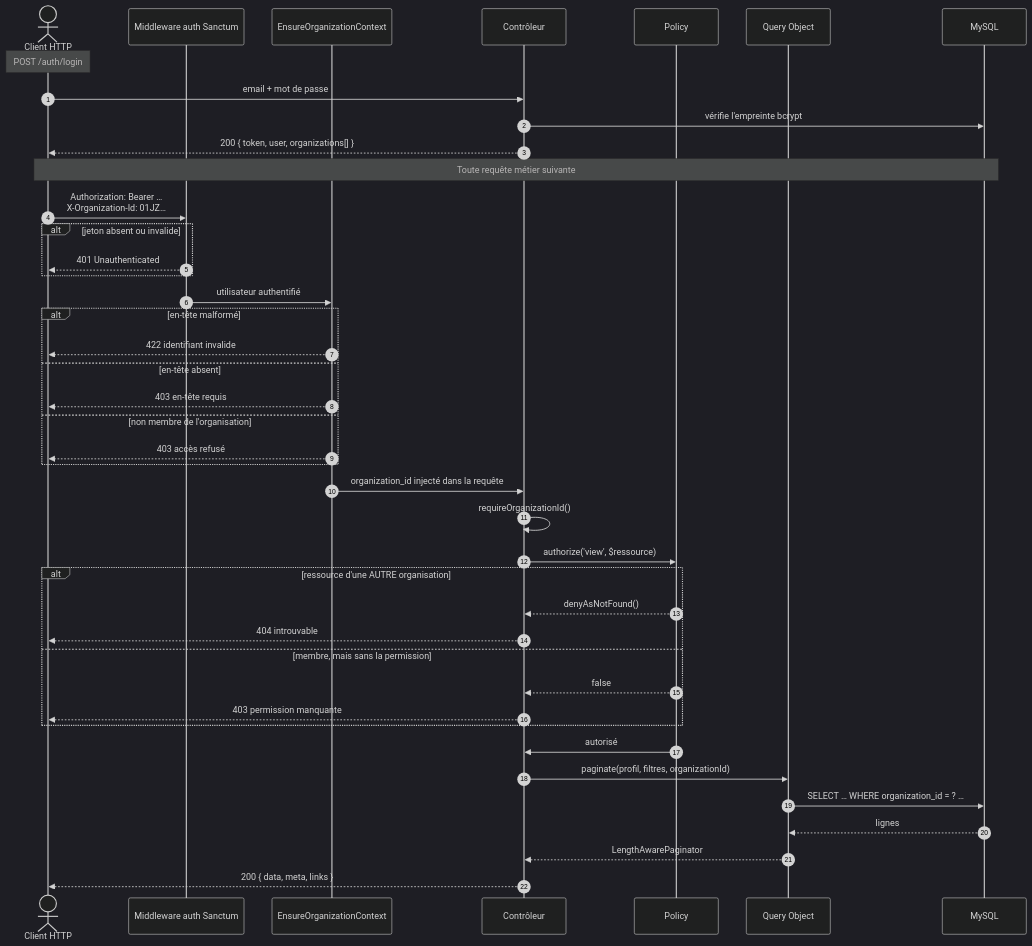
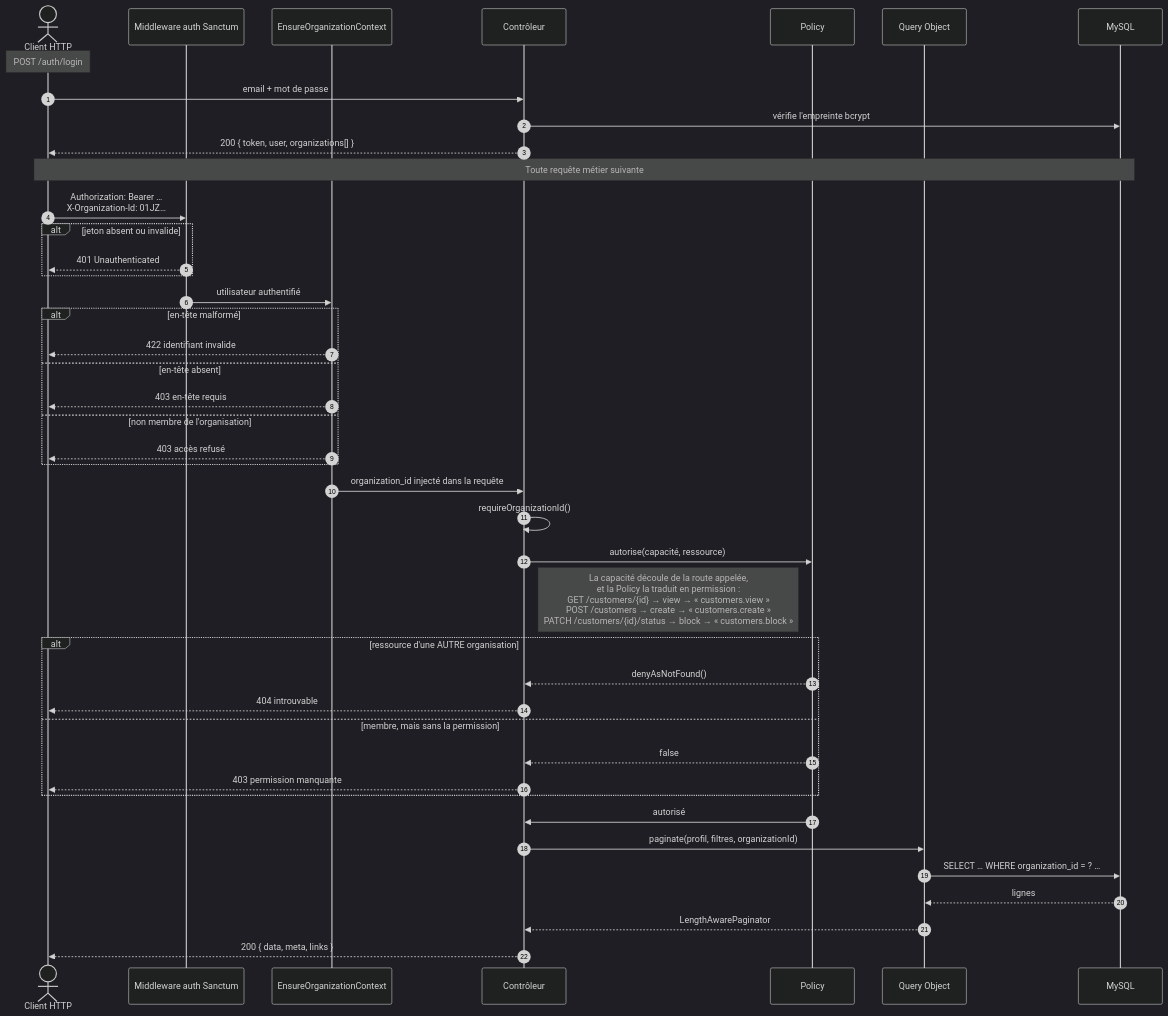
The first of 5 diagrams in docs/backend/sequence-diagrams.md (bouaichiDev/TricolisWeb), drawn with Mermaid (dark theme) before and after one commit. The commit also changed 1 other file, not shown here.

Commit message:
docs: sequence 1 — vocabulaire API a l'etape d'autorisation
`authorize('view', ressource)` pretait a confusion sur un backend qui n'a
aucune vue : « view » y designe la capacite de LECTURE au sens Laravel,
pas une page rendue.

L'etape 13 devient `autorise(capacite, ressource)`, avec une note qui
ancre la lecture dans la route HTTP appelee et montre la traduction en
permission :

  GET    /customers/{id}         view    ->  « customers.view »
  POST   /customers              create  ->  « customers.create »
  PATCH  /customers/{id}/status  block   ->  « customers.block »

Le diagramme represente les 296 routes metier : « view » n'en etait qu'un
cas, et le donner en exemple unique laissait croire que la sequence ne
valait que pour les lectures.

Applique au .puml et a la version Mermaid. Structure revalidee.

````diff
--- a/docs/backend/sequence-diagrams.md
+++ b/docs/backend/sequence-diagrams.md
@@ -17,51 +17,52 @@
 ```mermaid
 sequenceDiagram
     autonumber
     actor U as Client HTTP
     participant S as Middleware auth Sanctum
     participant M as EnsureOrganizationContext
     participant C as Contrôleur
     participant P as Policy
     participant Q as Query Object
     participant DB as MySQL
 
     Note over U: POST /auth/login
     U->>C: email + mot de passe
     C->>DB: vérifie l'empreinte bcrypt
     C-->>U: 200 { token, user, organizations[] }
 
     Note over U,DB: Toute requête métier suivante
 
     U->>S: Authorization: Bearer …<br/>X-Organization-Id: 01JZ…
     alt jeton absent ou invalide
         S-->>U: 401 Unauthenticated
     end
     S->>M: utilisateur authentifié
 
     alt en-tête malformé
         M-->>U: 422 identifiant invalide
     else en-tête absent
         M-->>U: 403 en-tête requis
     else non membre de l'organisation
         M-->>U: 403 accès refusé
     end
 
     M->>C: organization_id injecté dans la requête
     C->>C: requireOrganizationId()
-    C->>P: authorize('view', $ressource)
+    C->>P: autorise(capacité, ressource)
+    Note right of C: La capacité découle de la route appelée,<br/>et la Policy la traduit en permission :<br/>GET /customers/{id} → view → « customers.view »<br/>POST /customers → create → « customers.create »<br/>PATCH /customers/{id}/status → block → « customers.block »
 
     alt ressource d'une AUTRE organisation
         P-->>C: denyAsNotFound()
         C-->>U: 404 introuvable
     else membre, mais sans la permission
         P-->>C: false
         C-->>U: 403 permission manquante
     end
 
     P->>C: autorisé
     C->>Q: paginate(profil, filtres, organizationId)
     Q->>DB: SELECT … WHERE organization_id = ? …
     DB-->>Q: lignes
     Q-->>C: LengthAwarePaginator
     C-->>U: 200 { data, meta, links }
 ```
````
